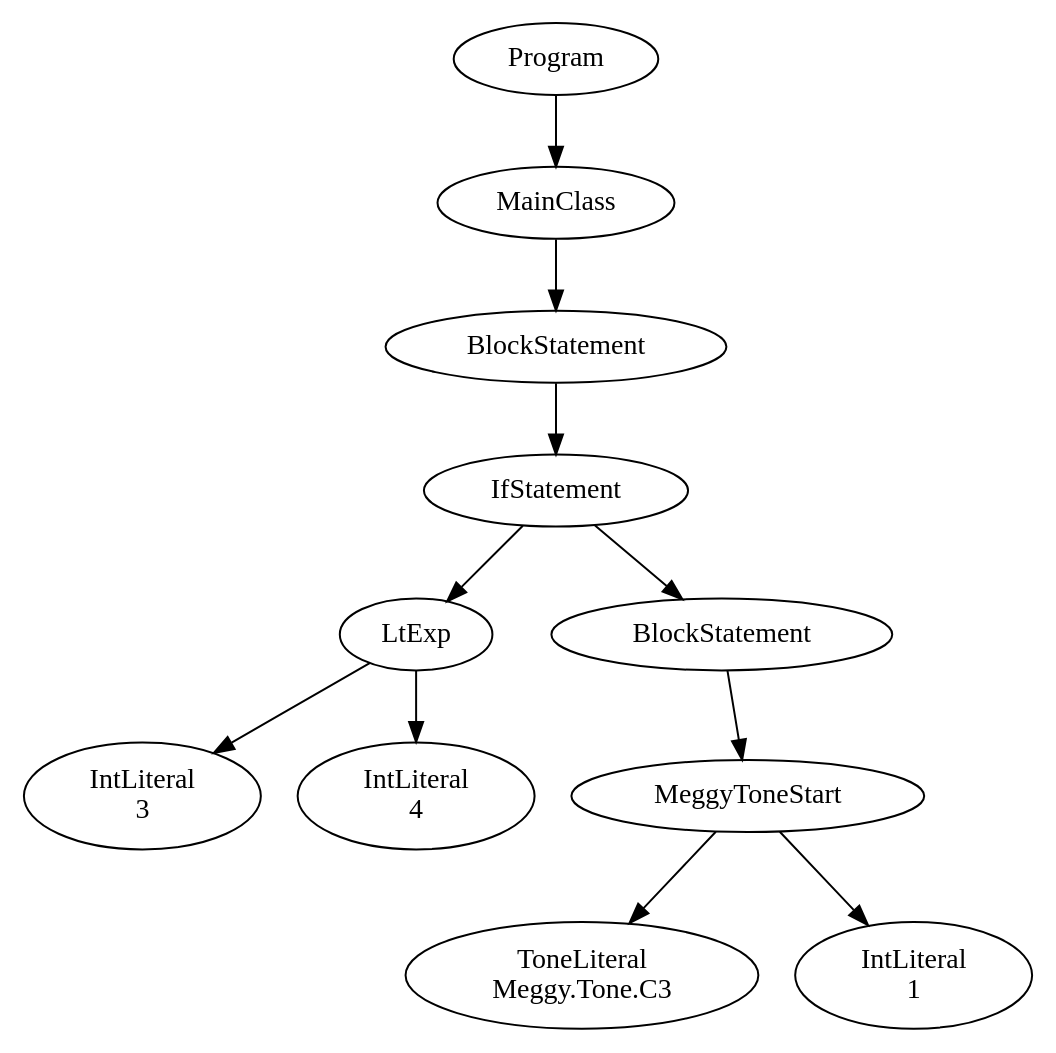
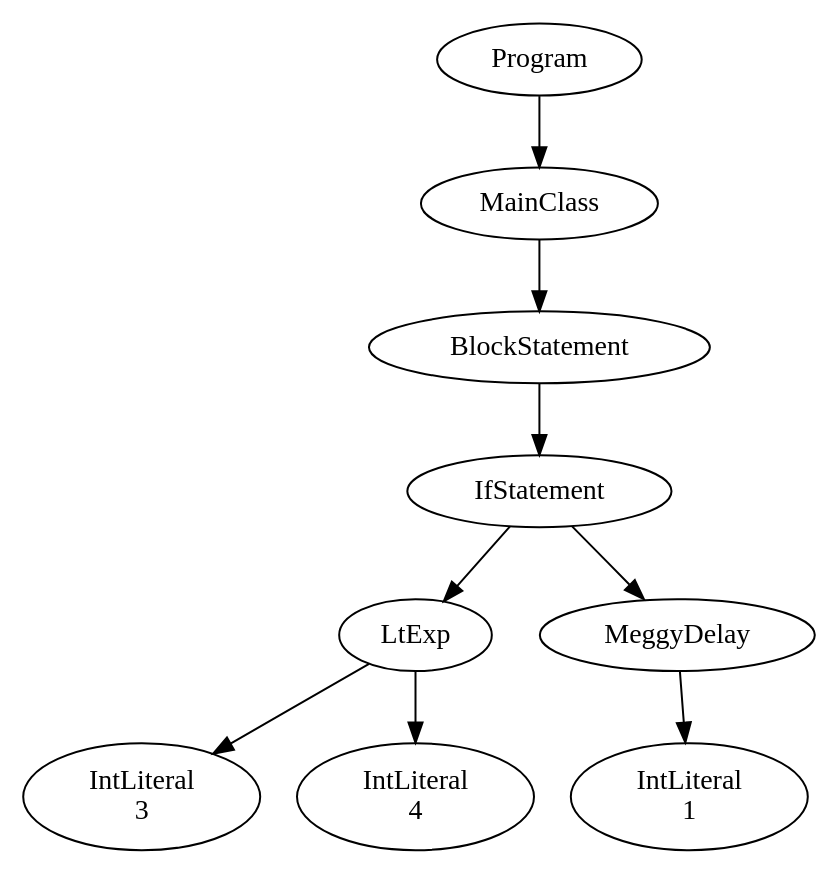
One commit to Ajith20/MeggyJava-compiler changed the diagram in PA4/PA4Example1.java.ast.dot. Above: the diagram before and after it, drawn with Graphviz. The commit also changed 9 other files, not shown here.

```diff
--- a/PA4/PA4Example1.java.ast.dot
+++ b/PA4/PA4Example1.java.ast.dot
@@ -1,23 +1,19 @@
 digraph ASTGraph {
 0 [ label="Program" ];
 1 [ label="MainClass" ];
 0 -> 1
 2 [ label="BlockStatement" ];
 1 -> 2
 3 [ label="IfStatement" ];
 2 -> 3
 4 [ label="LtExp" ];
 3 -> 4
 5 [ label="IntLiteral\n3" ];
 4 -> 5
 6 [ label="IntLiteral\n4" ];
 4 -> 6
-7 [ label="BlockStatement" ];
+7 [ label="MeggyDelay" ];
 3 -> 7
-8 [ label="MeggyToneStart" ];
+8 [ label="IntLiteral\n1" ];
 7 -> 8
-9 [ label="ToneLiteral\nMeggy.Tone.C3" ];
-8 -> 9
-10 [ label="IntLiteral\n1" ];
-8 -> 10
 }
```
